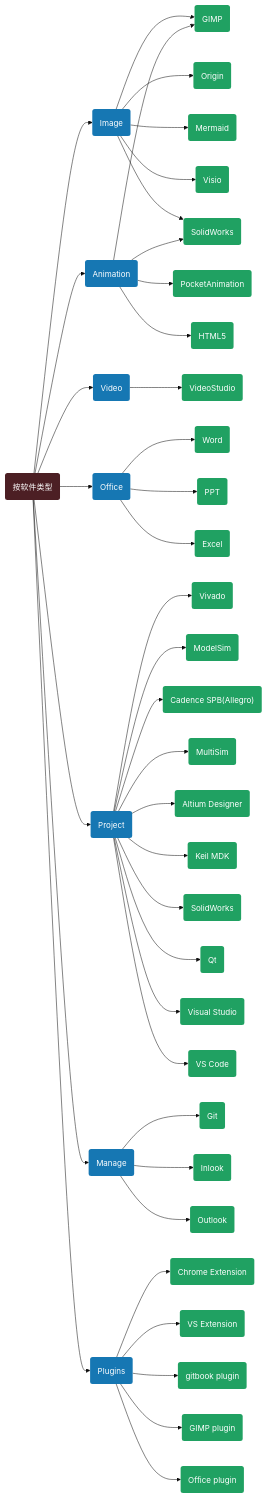
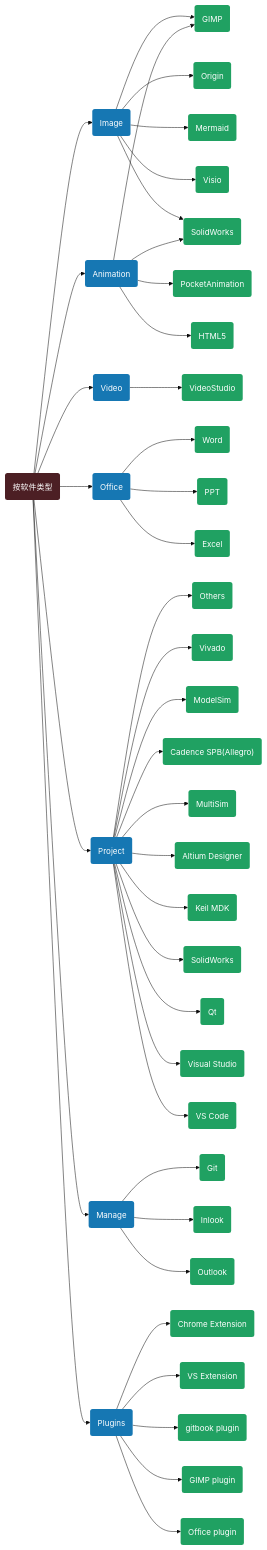
One commit to charleechan/MyWiki changed the diagram in mds/nav2.md. Above: the diagram before and after it, drawn with Mermaid (base theme). The commit also changed 259 other files, not shown here.

```diff
--- a/mds/nav2.md
+++ b/mds/nav2.md
@@ -34,6 +34,7 @@
   G23(Qt )
   G24(Visual Studio )
   G25(VS Code )
+  G1(Others)
 F7(Manage )
   G26(Git )
   G27(Inlook )
@@ -57,7 +58,8 @@
 F3--> G11  
 F5--> G13  
 F5--> G14  
-F5--> G15  
+F5--> G15 
+F6--> G1 
 F6--> G16  
 F6--> G17  
 F6--> G18  
@@ -83,6 +85,7 @@
 ROOT --> F6
 ROOT --> F7
 ROOT --> F8
+click G1 "./SoftTuto/Project/Others/index.html" "点我打开";
 click G2 "./SoftTuto/Image/GIMP/index.html" "点我打开";
 click G3 "./SoftTuto/Image/Origin/index.html" "点我打开";
 click G4 "./SoftTuto/Image/Mermaid/index.html" "点我打开";
@@ -113,7 +116,7 @@
 click G32 "./SoftTuto/Plugins/GIMPPlu/index.html" "点我打开"; 
 click G33 "./SoftTuto/Plugins/OfficePlu/index.html" "点我打开";
 
-class G2,G3,G4,G5,G7,G8,G9,G10,G11,G12 CSS3
+class G1,G2,G3,G4,G5,G7,G8,G9,G10,G11,G12 CSS3
 class G13,G14,G15,G16,G17,G18,G19,G20,G21,G22,G23,G24 CSS3
 class G25,G26,G27,G28,G29,G30,G31,G32,G33 CSS3
 class F2,F3,F4,F5,F6,F7,F8 CSS1
```
